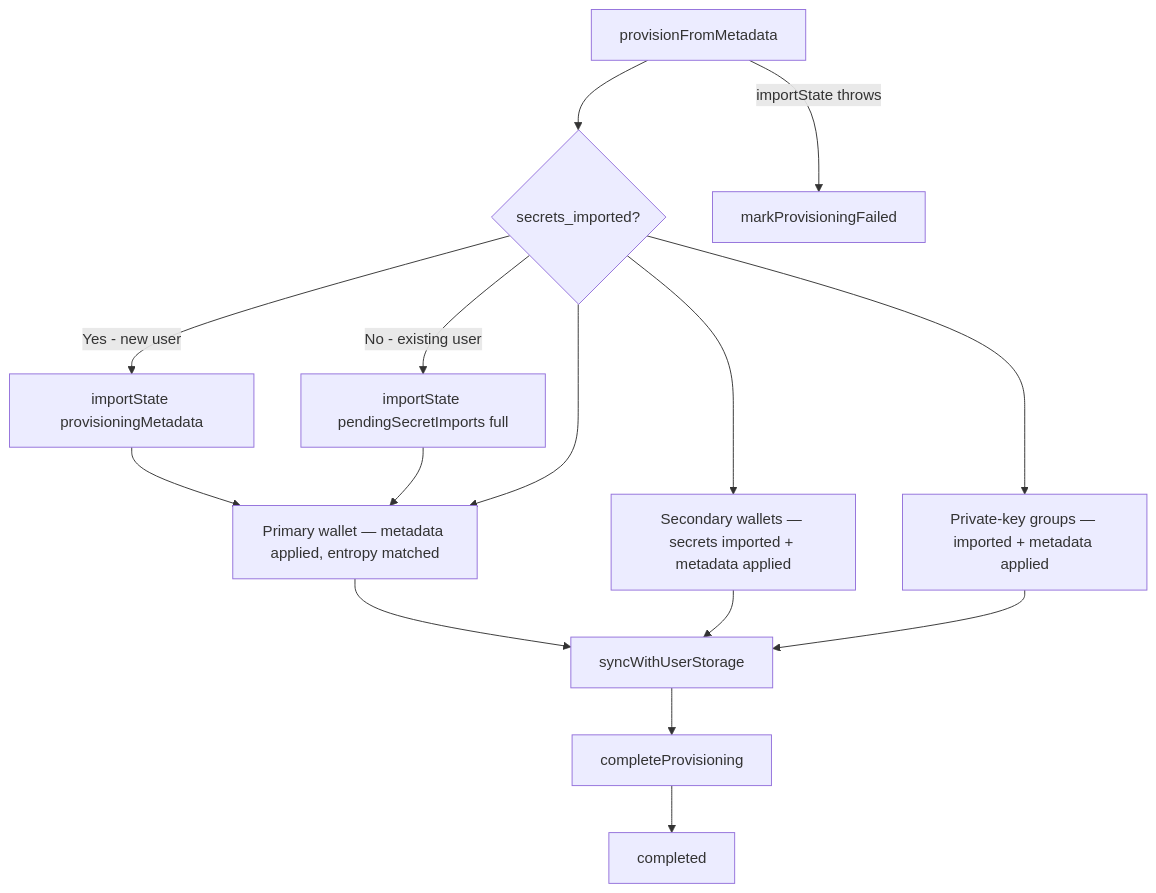
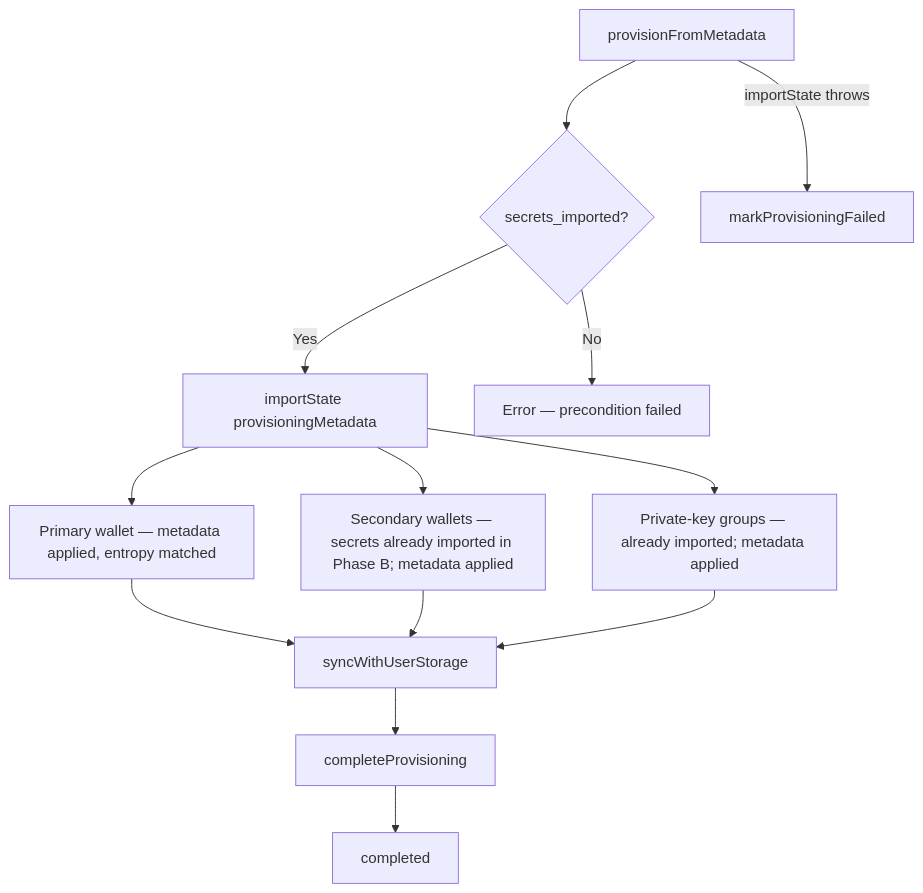
The fourth of 4 diagrams in docs/qr-sync/provisioning-technical.md (MetaMask/metamask-mobile), drawn with Mermaid before and after one commit. The commit also changed other lines of this file, not shown here.

````diff
--- a/docs/qr-sync/provisioning-technical.md
+++ b/docs/qr-sync/provisioning-technical.md
@@ -264,17 +264,15 @@
 ```mermaid
 flowchart TD
     A[provisionFromMetadata] --> B{secrets_imported?}
-    B -->|Yes - new user| B2[importState provisioningMetadata]
-    B -->|No - existing user| B3[importState pendingSecretImports full]
-    B2 --> C
-    B3 --> C
-    B --> C[Primary wallet — metadata applied, entropy matched]
-    B --> D[Secondary wallets — secrets imported + metadata applied]
-    B --> E[Private-key groups — imported + metadata applied]
+    B -->|Yes| B2[importState provisioningMetadata]
+    B -->|No| ERR[Error — precondition failed]
+    B2 --> C[Primary wallet — metadata applied, entropy matched]
+    B2 --> D[Secondary wallets — secrets already imported in Phase B; metadata applied]
+    B2 --> E[Private-key groups — already imported; metadata applied]
     C --> R[syncWithUserStorage]
     D --> R
     E --> R
     R --> G[completeProvisioning]
     G --> I[completed]
     A -->|importState throws| H[markProvisioningFailed]
 ```
````
